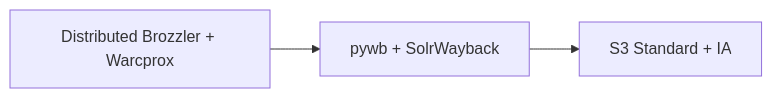
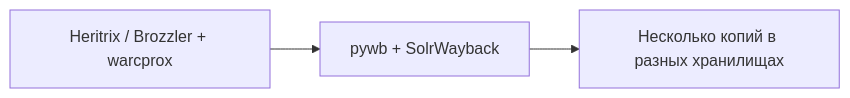
Before and after one commit to ruarxive/ruarxive.github.io: the sixth of 7 diagrams in kb/instruments/landscape-2026.md, drawn with Mermaid. The commit also changed other lines of this file and 200 other files, not shown here.

````diff
--- a/kb/instruments/landscape-2026.md
+++ b/kb/instruments/landscape-2026.md
@@ -284,4 +294,4 @@
 ```mermaid
 flowchart LR
-    A["Distributed Brozzler + Warcprox"] --> B["pywb + SolrWayback"] --> C["S3 Standard + IA"]
+    A["Heritrix / Brozzler + warcprox"] --> B["pywb + SolrWayback"] --> C["Несколько копий в разных хранилищах"]
 ```
````
